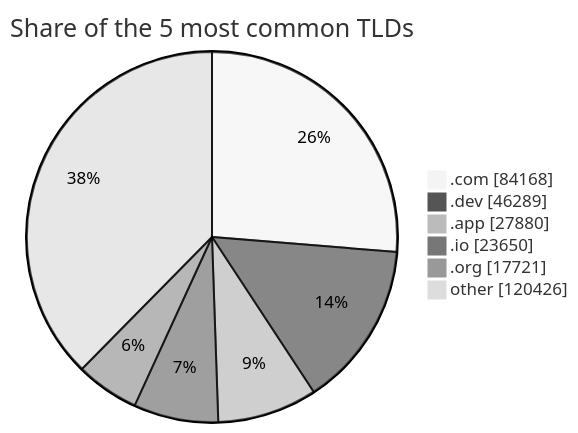
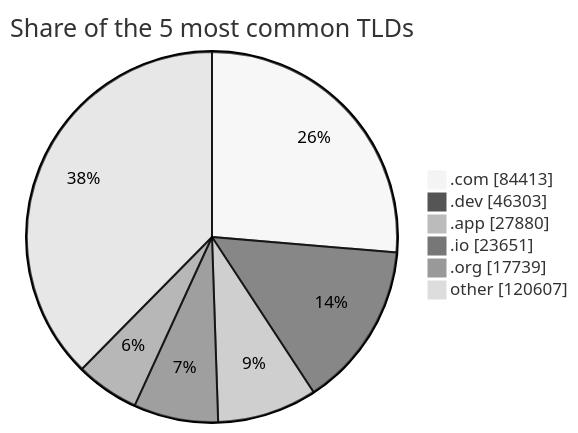
Before and after one commit to DNSBunker/CTI: the third of 3 diagrams in README.md, drawn with Mermaid (neutral theme). The commit also changed other lines of this file and 3 other files, not shown here.

````diff
--- a/README.md
+++ b/README.md
@@ -81,9 +81,9 @@
 ```mermaid
 pie showData title Share of the 5 most common TLDs
-    ".com" : 84168
-    ".dev" : 46289
+    ".com" : 84413
+    ".dev" : 46303
     ".app" : 27880
-    ".io" : 23650
-    ".org" : 17721
-    "other" : 120426
+    ".io" : 23651
+    ".org" : 17739
+    "other" : 120607
 ```
````
